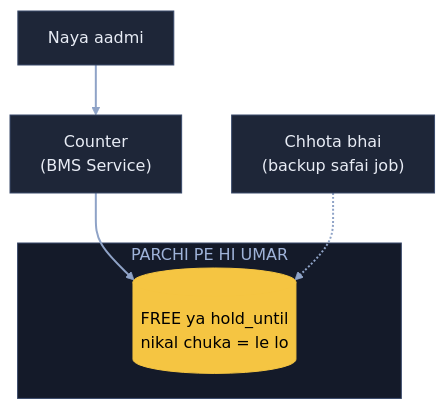
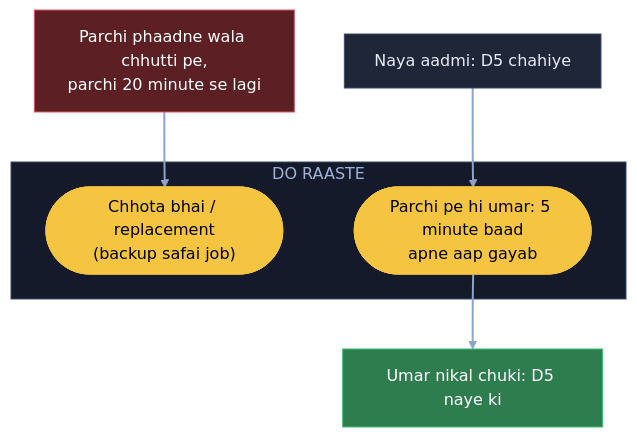
Before and after one commit to ArpanMaheshwari144/Prep: the third of 6 diagrams in 04_HLD/SYSTEM_DESIGNS/09_bookmyshow/09_bookmyshow.md, drawn with Mermaid. The commit also changed other lines of this file, not shown here.

Commit message:
BMS: 6 diagram hand notes ke shabdon se (do counter, ghadi 2 = seat, 'na' raasta hataya); K5 apni jodi lines hatai

````diff
--- a/04_HLD/SYSTEM_DESIGNS/09_bookmyshow/09_bookmyshow.md
+++ b/04_HLD/SYSTEM_DESIGNS/09_bookmyshow/09_bookmyshow.md
@@ -96,18 +100,19 @@
 ```mermaid
 flowchart TB
-    N["Naya aadmi"]:::card
-    S["Counter<br/>(BMS Service)"]:::card
-    subgraph PU["PARCHI PE HI UMAR"]
-        D[("FREE ya hold_until<br/>nikal chuka = le lo")]:::pill
+    X["Parchi phaadne wala chhutti pe,<br/>parchi 20 minute se lagi"]:::bad
+    N["Naya aadmi: D5 chahiye"]:::card
+    subgraph DR["DO RAASTE"]
+        B(["Chhota bhai / replacement<br/>(backup safai job)"]):::pill
+        U(["Parchi pe hi umar: 5 minute baad<br/>apne aap gayab"]):::pill
     end
-    J["Chhota bhai<br/>(backup safai job)"]:::card
-    N --> S
-    S --> D
-    J -.-> D
+    OK["Umar nikal chuki: D5 naye ki"]:::good
+    X --> B
+    N --> U
+    U --> OK
     linkStyle default stroke:#8fa3c7,stroke-width:2px
     classDef card fill:#1e2638,stroke:#3a4a6b,color:#e8ecf5
     classDef pill fill:#f5c542,stroke:#f5c542,color:#000
     classDef good fill:#2e7d4f,stroke:#3fbf6f,color:#fff
     classDef bad fill:#5c1f24,stroke:#e05561,color:#fff
-    style PU fill:#141a29,stroke:#3a4a6b,color:#9fb3d9
+    style DR fill:#141a29,stroke:#3a4a6b,color:#9fb3d9
 ```
````
